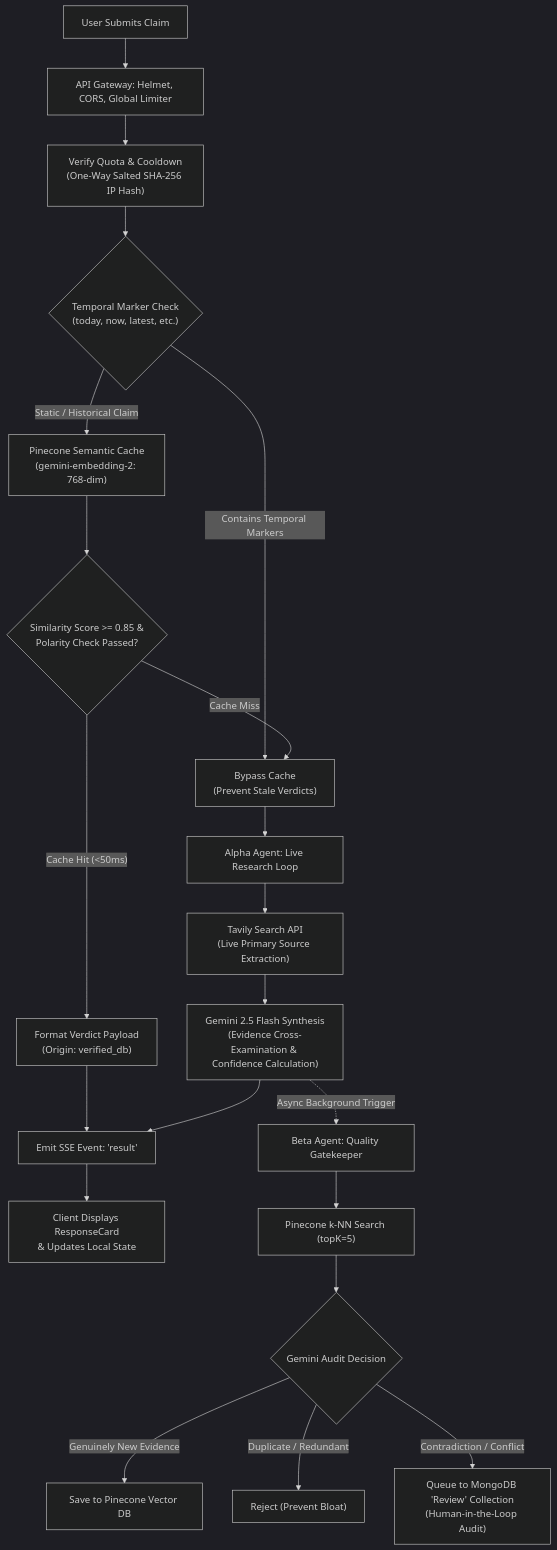
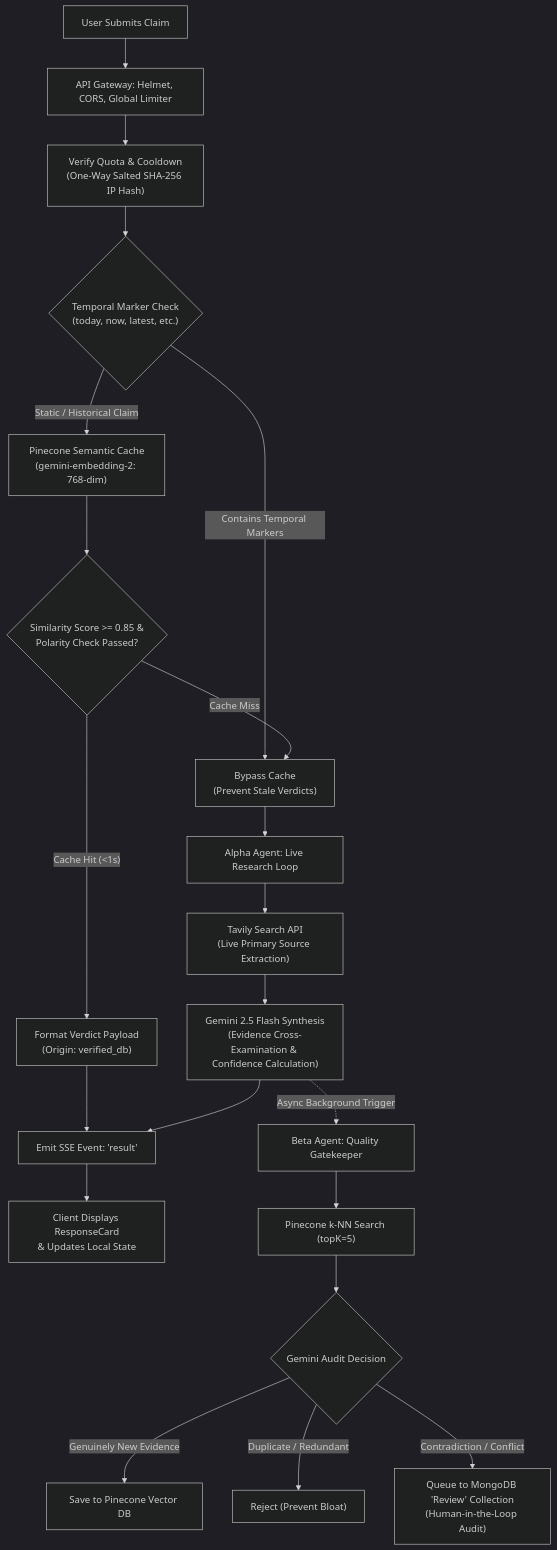
The diagram in README.md (Brijesh667/Sentinels_of_Truth), drawn with Mermaid (dark theme) before and after one commit. The commit also changed other lines of this file, not shown here.

````diff
--- a/README.md
+++ b/README.md
@@ -36,32 +36,32 @@
 ```mermaid
 flowchart TD
     A["User Submits Claim"] --> B["API Gateway: Helmet, CORS, Global Limiter"]
     B --> C["Verify Quota & Cooldown<br/>(One-Way Salted SHA-256 IP Hash)"]
     C --> D{"Temporal Marker Check<br/>(today, now, latest, etc.)"}
     
     %% Semantic Cache Route
     D -- "Contains Temporal Markers" --> H["Bypass Cache<br/>(Prevent Stale Verdicts)"]
     D -- "Static / Historical Claim" --> E["Pinecone Semantic Cache<br/>(gemini-embedding-2: 768-dim)"]
     
     E --> F{"Similarity Score >= 0.85 &<br/>Polarity Check Passed?"}
-    F -- "Cache Hit (<50ms)" --> G["Format Verdict Payload<br/>(Origin: verified_db)"]
+    F -- "Cache Hit (<1s)" --> G["Format Verdict Payload<br/>(Origin: verified_db)"]
     G --> L["Emit SSE Event: 'result'"]
     
     %% Live Verification Route
     F -- "Cache Miss" --> H
     H --> I["Alpha Agent: Live Research Loop"]
     I --> J["Tavily Search API<br/>(Live Primary Source Extraction)"]
     J --> K["Gemini 2.5 Flash Synthesis<br/>(Evidence Cross-Examination & Confidence Calculation)"]
     K --> L
     
     %% Stream & Post-Processing
     L --> M["Client Displays ResponseCard<br/>& Updates Local State"]
     
     %% Asynchronous Gatekeeper
     K -.->|"Async Background Trigger"| N["Beta Agent: Quality Gatekeeper"]
     N --> O["Pinecone k-NN Search (topK=5)"]
     O --> P{"Gemini Audit Decision"}
     P -- "Genuinely New Evidence" --> Q["Save to Pinecone Vector DB"]
     P -- "Duplicate / Redundant" --> R["Reject (Prevent Bloat)"]
     P -- "Contradiction / Conflict" --> S["Queue to MongoDB 'Review' Collection<br/>(Human-in-the-Loop Audit)"]
 ```
````
